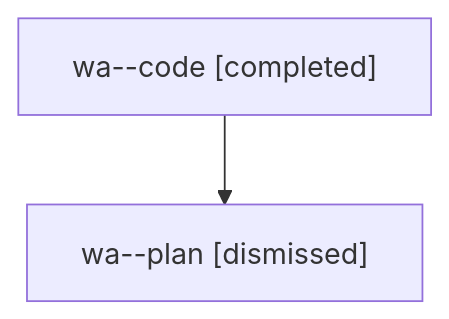
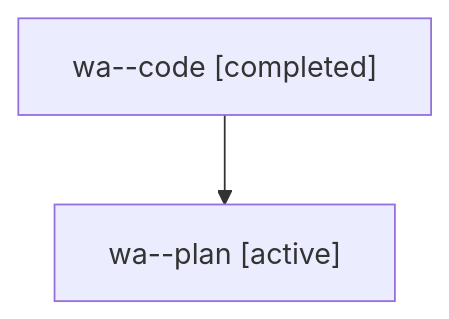
The diagram in families/bbugyi200.athena.wa.md (sase-org/sase--agents), drawn with Mermaid before and after one commit. The commit also changed other lines of this file and 35830 other files, not shown here.

````diff
--- a/families/bbugyi200.athena.wa.md
+++ b/families/bbugyi200.athena.wa.md
@@ -9,6 +9,6 @@
 ```mermaid
 flowchart TD
   n0["wa--code [completed]"]
-  n1["wa--plan [dismissed]"]
+  n1["wa--plan [active]"]
   n0 --> n1
 ```
````
